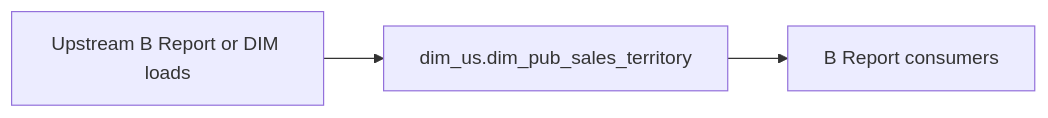
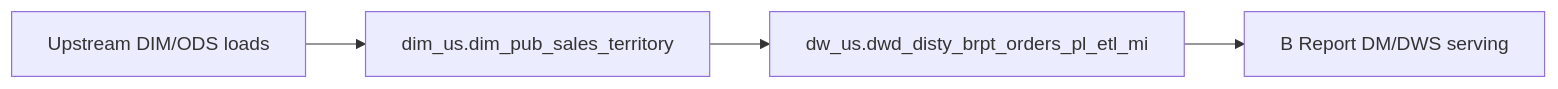
Before and after one commit to chengduhaha/data_agent: the diagram in backend/defaults/b_report/workspace/target/knowledgebase/b-report-us/dim_pub_sales_territory.md, drawn with Mermaid. The commit also changed other lines of this file and 1108 other files, not shown here.

````diff
--- a/backend/defaults/b_report/workspace/target/knowledgebase/b-report-us/dim_pub_sales_territory.md
+++ b/backend/defaults/b_report/workspace/target/knowledgebase/b-report-us/dim_pub_sales_territory.md
@@ -144,8 +137,10 @@
 ```mermaid
 flowchart LR
-  upstream[Upstream B Report or DIM loads]
-  tgt["dim_us.dim_pub_sales_territory"]
-  brpt[B Report consumers]
-  upstream --> tgt
-  tgt --> brpt
+  upstream["Upstream DIM/ODS loads"]
+  dim["dim_us.dim_pub_sales_territory"]
+  hub["dw_us.dwd_disty_brpt_orders_pl_etl_mi"]
+  dm["B Report DM/DWS serving"]
+  upstream --> dim
+  dim --> hub
+  hub --> dm
 ```
````
